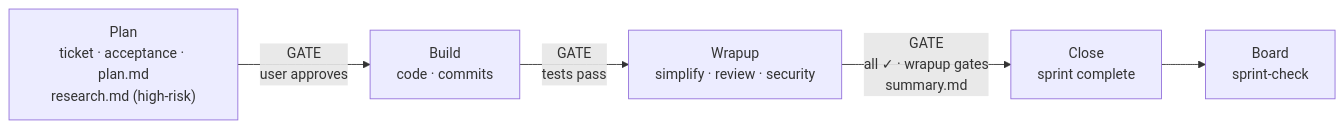
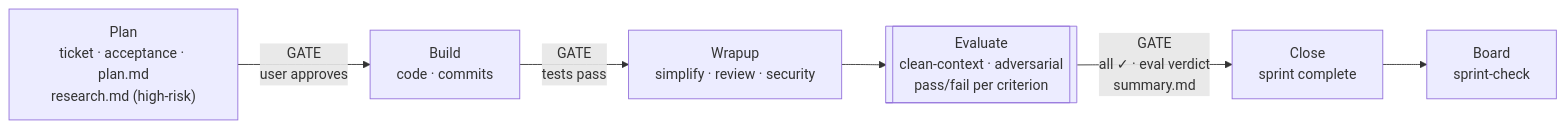
One commit to sunitghub/canon-skills changed the diagram in README.md. Above: the diagram before and after it, drawn with Mermaid. The commit also changed other lines of this file and 1 other file, not shown here.

````diff
--- a/README.md
+++ b/README.md
@@ -184,13 +189,15 @@
 ```mermaid
 flowchart LR
     P["Plan\nticket · acceptance · plan.md\nresearch.md (high-risk)"]
     B["Build\ncode · commits"]
     W["Wrapup\nsimplify · review · security"]
+    E[["Evaluate\nclean-context · adversarial\npass/fail per criterion"]]
     C["Close\nsprint complete"]
     D["Board\nsprint-check"]
 
     P -->|"GATE\nuser approves"| B
     B -->|"GATE\ntests pass"| W
-    W -->|"GATE\nall ✓ · wrapup gates\nsummary.md"| C
+    W --> E
+    E -->|"GATE\nall ✓ · eval verdict\nsummary.md"| C
     C --> D
 ```
````
